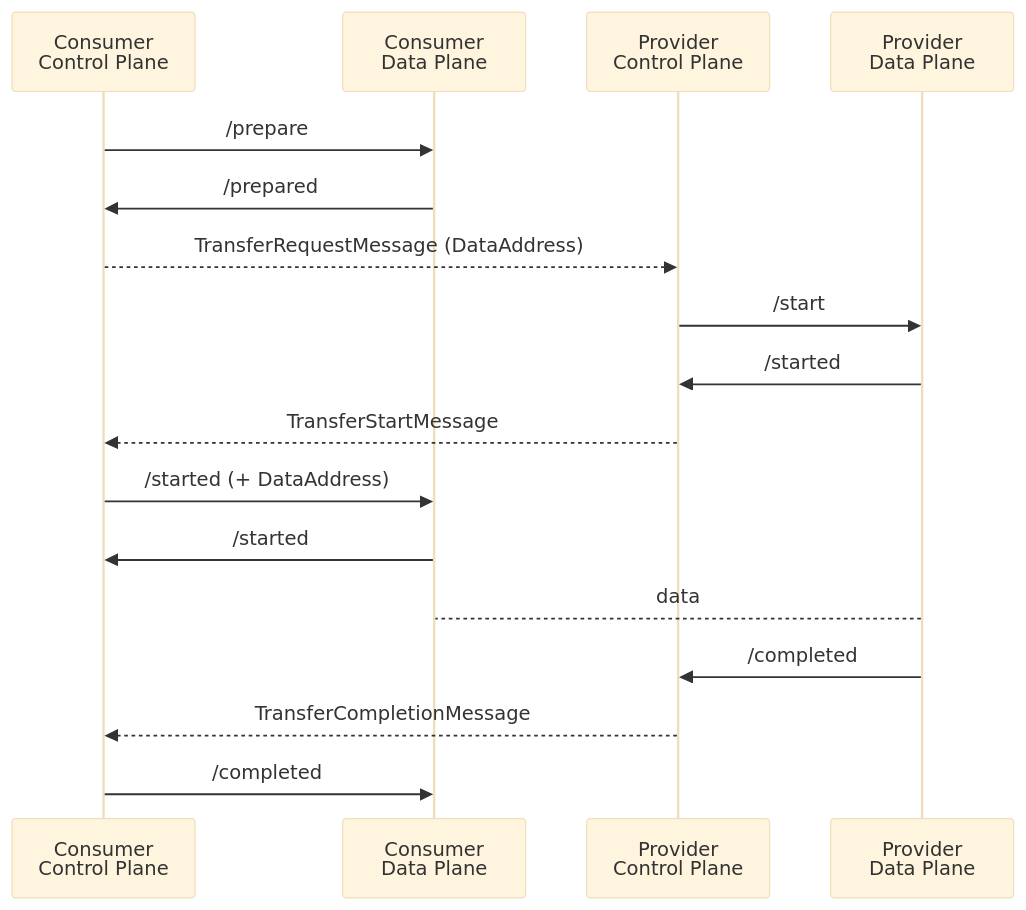
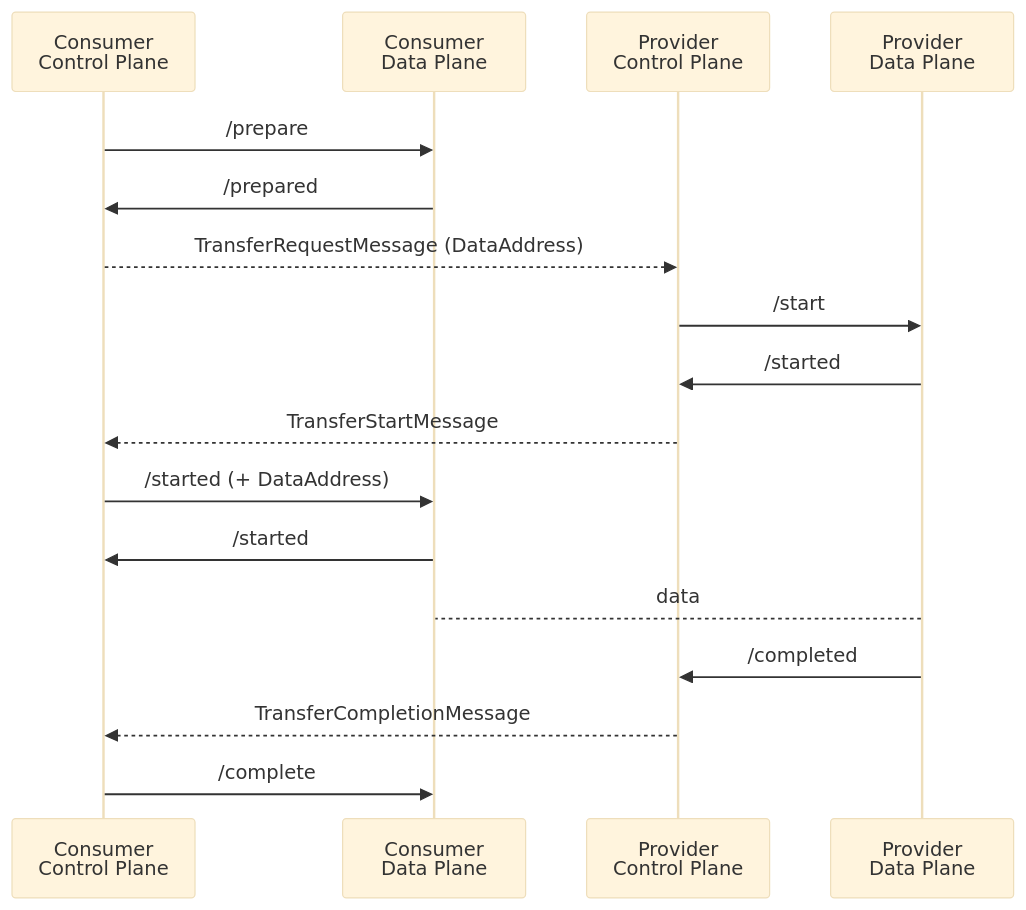
Before and after one commit to Metaform/dataplane-signaling: the third of 5 diagrams in docs/signaling.md, drawn with Mermaid (base theme). The commit also changed other lines of this file and 1 other file, not shown here.

Commit message:
add /complete endpoint

````diff
--- a/docs/signaling.md
+++ b/docs/signaling.md
@@ -159,19 +159,19 @@
 ```mermaid
 sequenceDiagram
     participant ccp as Consumer<br/>Control Plane
     participant cdp as Consumer<br/>Data Plane
     participant pcp as Provider<br/>Control Plane
     participant pdp as Provider<br/>Data Plane
     ccp ->> cdp: /prepare
     cdp ->> ccp: /prepared
     ccp -->> pcp: TransferRequestMessage (DataAddress)
     pcp ->> pdp: /start
     pdp ->> pcp: /started
     pcp -->> ccp: TransferStartMessage
     ccp ->> cdp: /started (+ DataAddress)
     cdp ->> ccp: /started
     pdp --> cdp: data
     pdp ->> pcp: /completed
     pcp -->> ccp: TransferCompletionMessage
-    ccp ->> cdp: /completed
+    ccp ->> cdp: /complete
 ```
````
